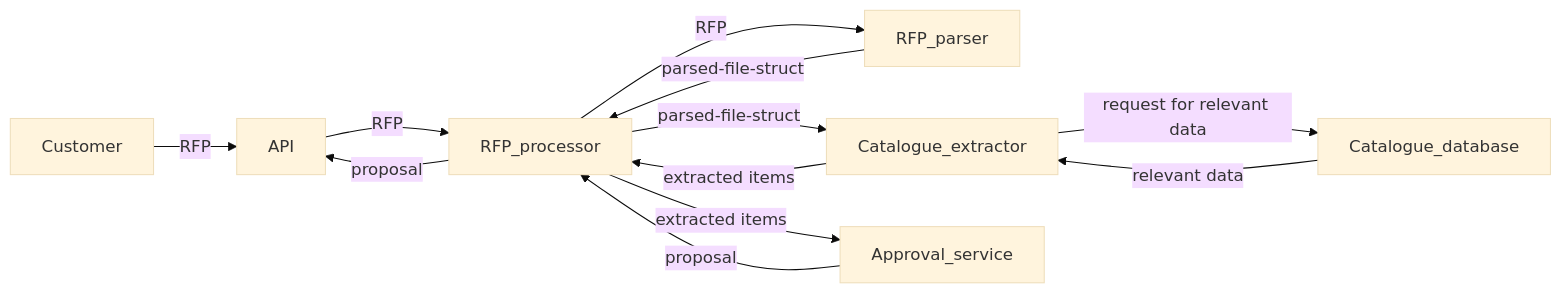
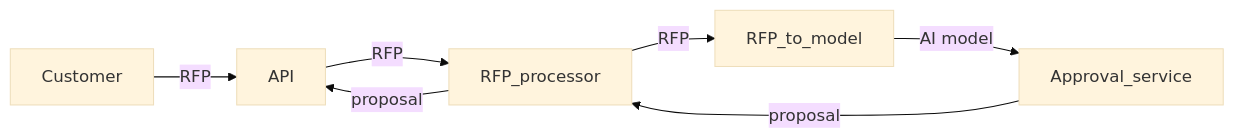
The diagram in docs/architecture.md (MiikaMatias/ai-hack-aalto-2024), drawn with Mermaid (base theme) before and after one commit.

````diff
--- a/docs/architecture.md
+++ b/docs/architecture.md
@@ -6,14 +6,9 @@
 ```mermaid  
 graph LR
     Customer -->|RFP| API
     API -->|RFP| RFP_processor
-    RFP_processor -->|RFP| RFP_parser
-    RFP_processor -->|parsed-file-struct| Catalogue_extractor
-    RFP_processor -->|extracted items| Approval_service
-    RFP_parser --> |parsed-file-struct|RFP_processor
-    Catalogue_extractor --> |extracted items| RFP_processor
-    Catalogue_extractor -->|request for relevant data| Catalogue_database
-    Catalogue_database -->|relevant data| Catalogue_extractor
+    RFP_processor -->|RFP| RFP_to_model
+    RFP_to_model --> |AI model|Approval_service
     Approval_service -->|proposal| RFP_processor
     RFP_processor --> |proposal| API
 ```
````
